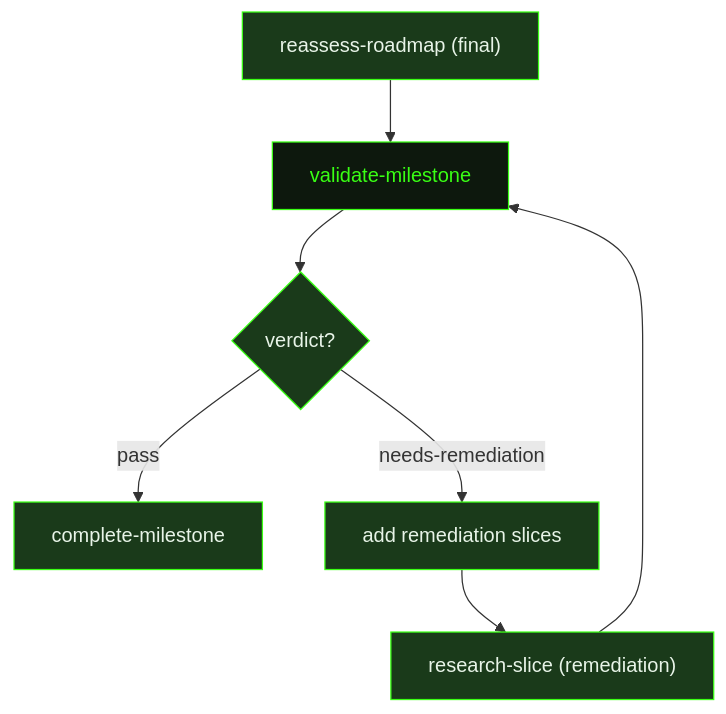
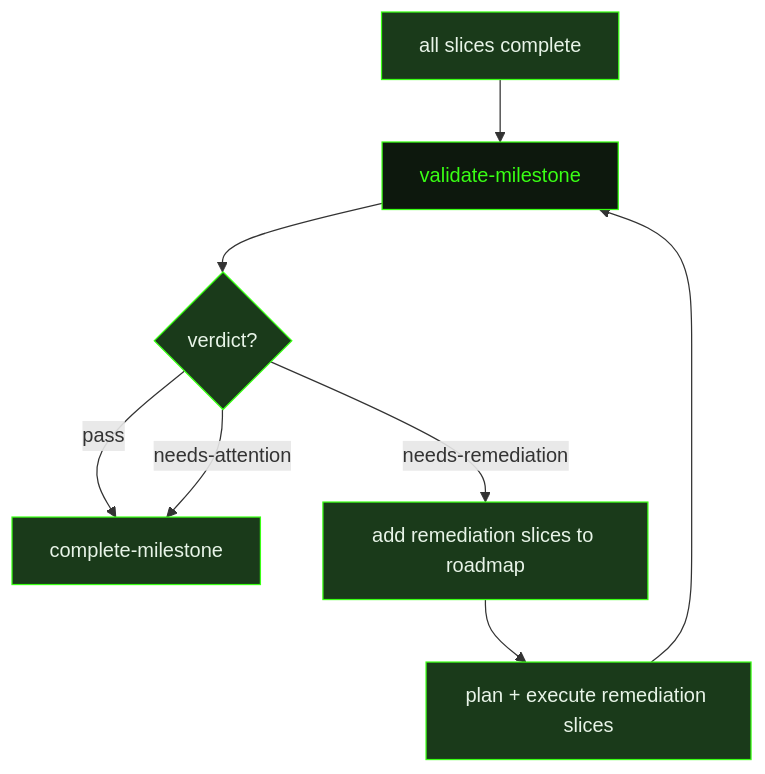
Before and after one commit to shusha-group/gsd2-guide: the diagram in src/content/docs/prompts/validate-milestone.mdx, drawn with Mermaid. The commit also changed other lines of this file and 79 other files, not shown here.

````diff
--- a/src/content/docs/prompts/validate-milestone.mdx
+++ b/src/content/docs/prompts/validate-milestone.mdx
@@ -16,16 +16,17 @@
 ```mermaid
 flowchart TD
-    ReassessRoadmap["reassess-roadmap (final)"] --> ValidateMilestone["validate-milestone"]
+    AllSlicesDone["all slices complete"] --> ValidateMilestone["validate-milestone"]
     ValidateMilestone --> Verdict{"verdict?"}
     Verdict -->|"pass"| CompleteMilestone["complete-milestone"]
-    Verdict -->|"needs-remediation"| AddSlices["add remediation slices"]
-    AddSlices --> ResearchSlice["research-slice (remediation)"]
-    ResearchSlice --> ValidateMilestone
+    Verdict -->|"needs-attention"| CompleteMilestone
+    Verdict -->|"needs-remediation"| AddSlices["add remediation slices to roadmap"]
+    AddSlices --> PlanExecute["plan + execute remediation slices"]
+    PlanExecute --> ValidateMilestone
 
     style ValidateMilestone fill:#0d180d,stroke:#39ff14,color:#39ff14
-    style ReassessRoadmap fill:#1a3a1a,stroke:#39ff14,color:#e8f4e8
+    style AllSlicesDone fill:#1a3a1a,stroke:#39ff14,color:#e8f4e8
     style Verdict fill:#1a3a1a,stroke:#39ff14,color:#e8f4e8
     style CompleteMilestone fill:#1a3a1a,stroke:#39ff14,color:#e8f4e8
     style AddSlices fill:#1a3a1a,stroke:#39ff14,color:#e8f4e8
-    style ResearchSlice fill:#1a3a1a,stroke:#39ff14,color:#e8f4e8
+    style PlanExecute fill:#1a3a1a,stroke:#39ff14,color:#e8f4e8
 ```
````
